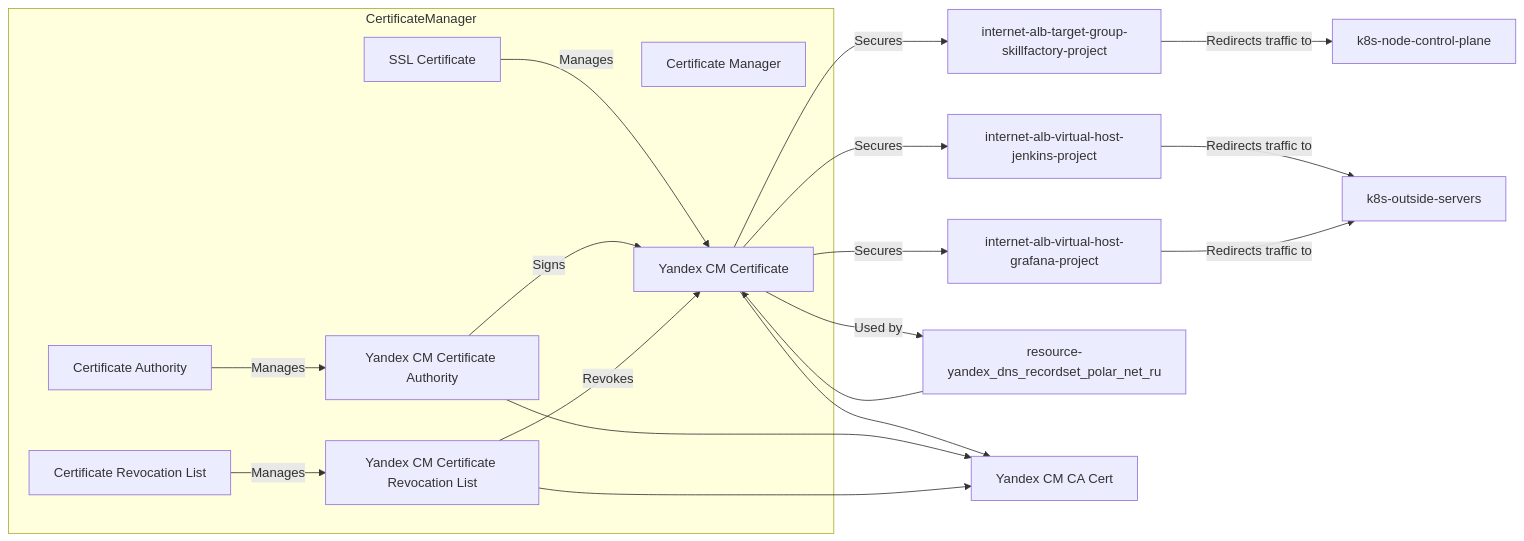
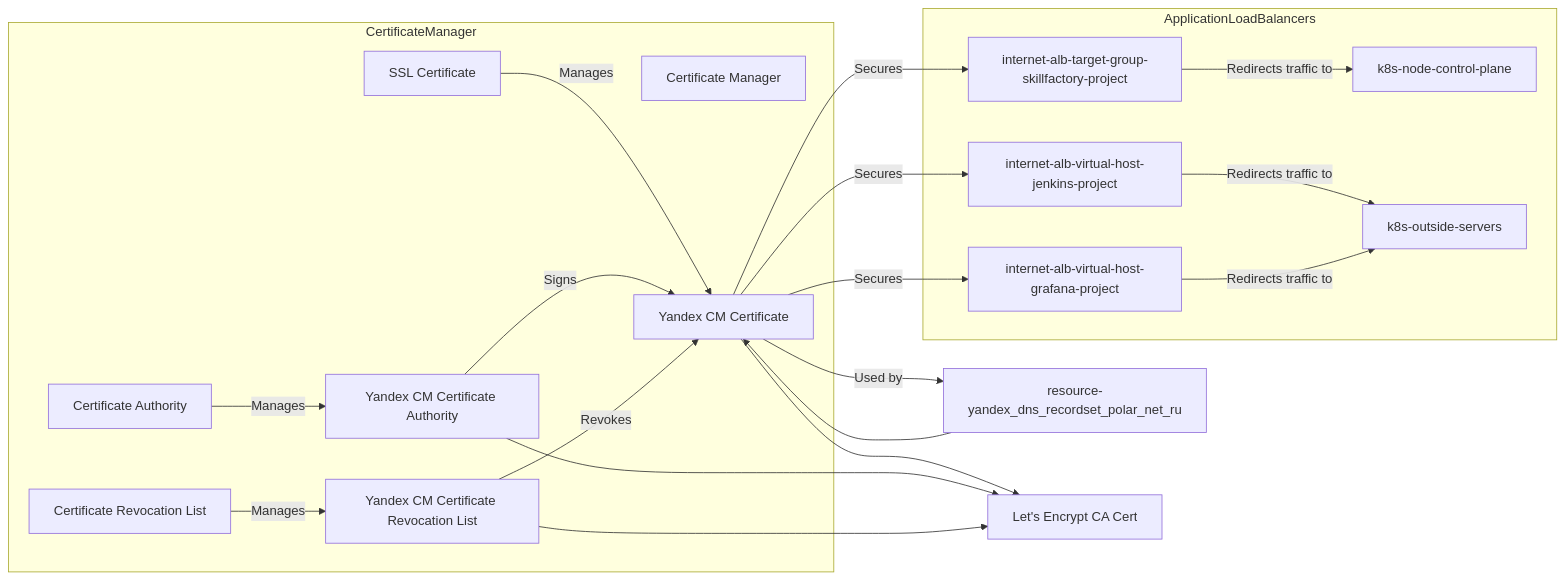
The fourth of 6 diagrams in README.md (Morshimus/SkillFactory-Diploma-Work), drawn with Mermaid before and after one commit.

````diff
--- a/README.md
+++ b/README.md
@@ -78,35 +78,37 @@
 ```mermaid
 graph LR
 
 subgraph CertificateManager
     CertificateManagerResource[Certificate Manager]
     
     ssl-certificate[SSL Certificate]
     certificate-authority[Certificate Authority]
     certificate-revocation-list[Certificate Revocation List]
 
     ssl-certificate -- Manages --> yandex_cm_certificate_polar_net_ru[Yandex CM Certificate]
     certificate-authority -- Manages --> yandex_cm_certificate_authority_polar_net_ru[Yandex CM Certificate Authority]
     certificate-revocation-list -- Manages --> yandex_cm_certificate_revocation_list_polar_net_ru[Yandex CM Certificate Revocation List]
 
 end
 
 yandex_cm_certificate_polar_net_ru -- Secures --> internet-alb-target-group-skillfactory-project
 yandex_cm_certificate_polar_net_ru -- Secures --> internet-alb-virtual-host-jenkins-project
 yandex_cm_certificate_polar_net_ru -- Secures --> internet-alb-virtual-host-grafana-project
 yandex_cm_certificate_polar_net_ru -- Used by --> resource-yandex_dns_recordset_polar_net_ru
 
-internet-alb-target-group-skillfactory-project -- Redirects traffic to --> k8s-node-control-plane
-internet-alb-virtual-host-jenkins-project -- Redirects traffic to --> k8s-outside-servers
-internet-alb-virtual-host-grafana-project -- Redirects traffic to --> k8s-outside-servers
+subgraph ApplicationLoadBalancers
+    internet-alb-target-group-skillfactory-project -- Redirects traffic to --> k8s-node-control-plane
+    internet-alb-virtual-host-jenkins-project -- Redirects traffic to --> k8s-outside-servers
+    internet-alb-virtual-host-grafana-project -- Redirects traffic to --> k8s-outside-servers
+end
 
 yandex_cm_certificate_authority_polar_net_ru -- Signs --> yandex_cm_certificate_polar_net_ru
 yandex_cm_certificate_revocation_list_polar_net_ru -- Revokes --> yandex_cm_certificate_polar_net_ru
 
-yandex_cm_certificate_polar_net_ru --> yandex_cm_ca_cert_polar_net_ru[Yandex CM CA Cert]
+yandex_cm_certificate_polar_net_ru --> yandex_cm_ca_cert_polar_net_ru[Let's Encrypt CA Cert]
 yandex_cm_certificate_authority_polar_net_ru --> yandex_cm_ca_cert_polar_net_ru
 yandex_cm_certificate_revocation_list_polar_net_ru --> yandex_cm_ca_cert_polar_net_ru
 
 resource-yandex_dns_recordset_polar_net_ru --> yandex_cm_certificate_polar_net_ru
 
 ```
````
